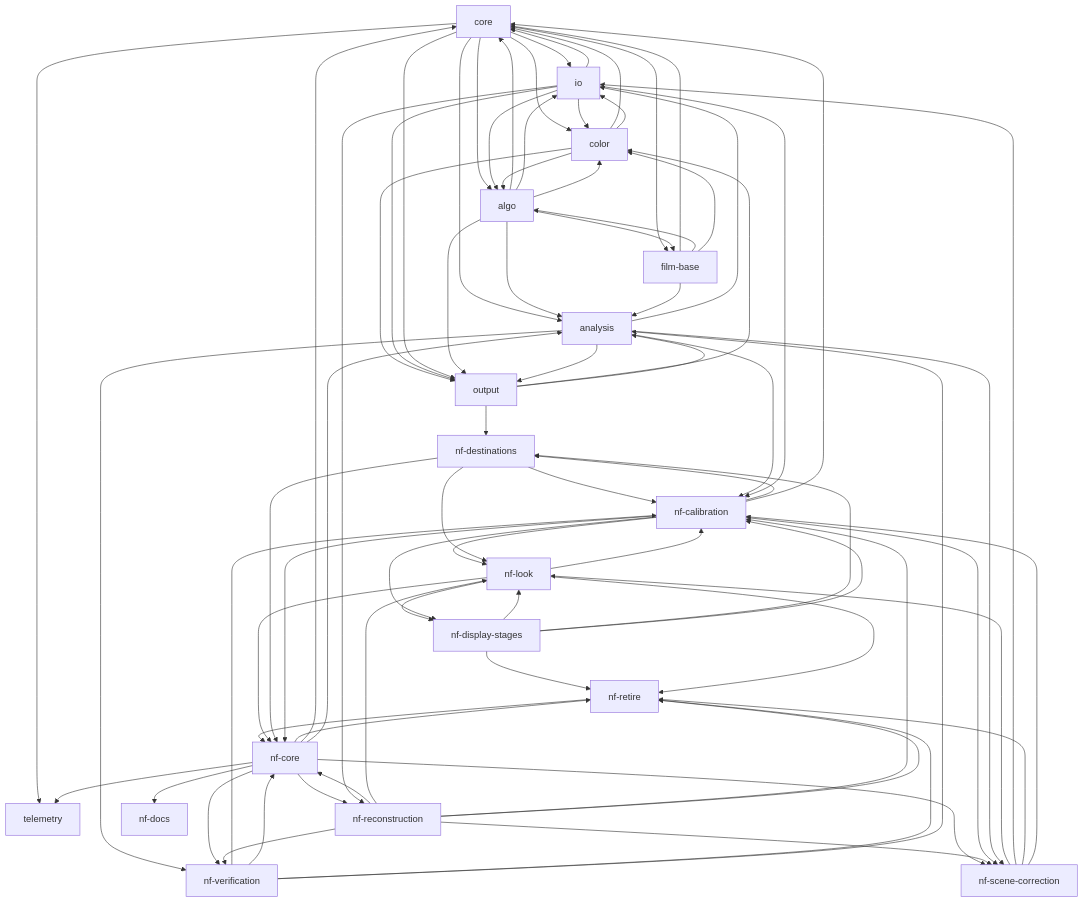
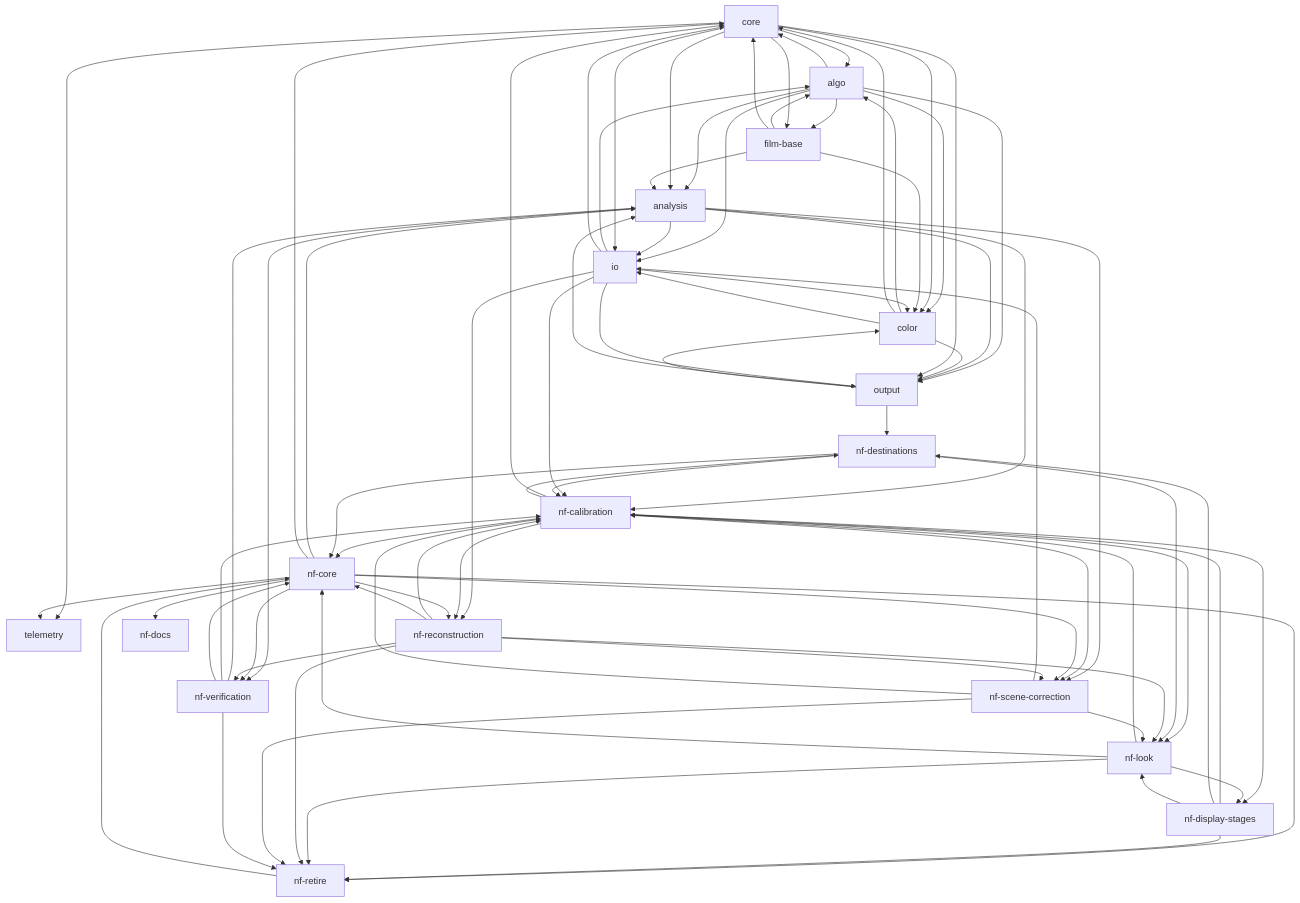
The diagram in docs/TASKS.md (lix42/hanten), drawn with Mermaid before and after one commit. The commit also changed other lines of this file and 270 other files, not shown here.

````diff
--- a/docs/TASKS.md
+++ b/docs/TASKS.md
@@ -115,79 +38,80 @@
   nf-verification
   nf-retire
   nf-docs
-  core --> io
+  algo --> analysis
+  algo --> color
+  algo --> core
+  algo --> film-base
+  algo --> io
+  algo --> output
+  analysis --> io
+  analysis --> nf-calibration
+  analysis --> nf-scene-correction
+  analysis --> nf-verification
+  analysis --> output
+  color --> algo
+  color --> core
+  color --> io
+  color --> output
+  core --> algo
+  core --> analysis
   core --> color
   core --> film-base
-  core --> algo
+  core --> io
+  core --> output
+  core --> telemetry
+  film-base --> algo
+  film-base --> analysis
+  film-base --> color
+  film-base --> core
+  io --> algo
+  io --> color
   io --> core
-  color --> core
-  film-base --> core
-  algo --> core
-  analysis --> io
-  core --> analysis
-  core --> telemetry
-  algo --> analysis
-  film-base --> analysis
-  algo --> film-base
-  io --> color
-  io --> algo
-  film-base --> algo
-  color --> algo
-  algo --> io
-  algo --> color
-  film-base --> color
-  color --> output
-  color --> io
-  output --> color
-  io --> output
-  core --> output
-  algo --> output
-  output --> analysis
-  analysis --> output
-  nf-reconstruction --> nf-core
-  nf-retire --> nf-core
-  nf-core --> nf-reconstruction
-  nf-core --> nf-scene-correction
-  nf-reconstruction --> nf-scene-correction
-  nf-scene-correction --> nf-look
-  nf-reconstruction --> nf-look
-  nf-look --> nf-display-stages
-  nf-display-stages --> nf-look
-  nf-display-stages --> nf-destinations
-  output --> nf-destinations
-  nf-destinations --> nf-calibration
-  nf-display-stages --> nf-calibration
-  nf-verification --> nf-calibration
-  analysis --> nf-calibration
   io --> nf-calibration
   io --> nf-reconstruction
+  io --> output
+  nf-calibration --> core
+  nf-calibration --> nf-core
+  nf-calibration --> nf-destinations
+  nf-calibration --> nf-display-stages
+  nf-calibration --> nf-look
+  nf-calibration --> nf-reconstruction
+  nf-calibration --> nf-scene-correction
+  nf-core --> analysis
+  nf-core --> core
+  nf-core --> nf-docs
+  nf-core --> nf-reconstruction
+  nf-core --> nf-retire
+  nf-core --> nf-scene-correction
+  nf-core --> nf-verification
+  nf-core --> telemetry
+  nf-destinations --> nf-calibration
+  nf-destinations --> nf-core
+  nf-destinations --> nf-look
+  nf-display-stages --> nf-calibration
+  nf-display-stages --> nf-destinations
+  nf-display-stages --> nf-look
+  nf-display-stages --> nf-retire
+  nf-look --> nf-calibration
+  nf-look --> nf-core
+  nf-look --> nf-display-stages
+  nf-look --> nf-retire
+  nf-reconstruction --> nf-calibration
+  nf-reconstruction --> nf-core
+  nf-reconstruction --> nf-look
+  nf-reconstruction --> nf-retire
+  nf-reconstruction --> nf-scene-correction
+  nf-reconstruction --> nf-verification
+  nf-retire --> nf-core
   nf-scene-correction --> io
-  nf-look --> nf-calibration
-  nf-reconstruction --> nf-calibration
-  nf-calibration --> nf-look
-  nf-calibration --> nf-display-stages
-  nf-calibration --> nf-destinations
-  nf-destinations --> nf-look
-  analysis --> nf-verification
-  nf-core --> nf-verification
+  nf-scene-correction --> nf-calibration
+  nf-scene-correction --> nf-look
+  nf-scene-correction --> nf-retire
+  nf-verification --> analysis
+  nf-verification --> nf-calibration
   nf-verification --> nf-core
-  nf-reconstruction --> nf-verification
-  nf-core --> nf-retire
   nf-verification --> nf-retire
-  nf-display-stages --> nf-retire
-  nf-reconstruction --> nf-retire
-  nf-look --> nf-retire
-  nf-look --> nf-core
-  nf-destinations --> nf-core
-  nf-calibration --> nf-core
-  nf-calibration --> core
-  nf-core --> core
-  nf-scene-correction --> nf-retire
-  nf-calibration --> nf-scene-correction
-  nf-scene-correction --> nf-calibration
-  analysis --> nf-scene-correction
-  nf-core --> nf-docs
-  nf-core --> analysis
-  nf-verification --> analysis
-  nf-core --> telemetry
+  output --> analysis
+  output --> color
+  output --> nf-destinations
 ```
````
